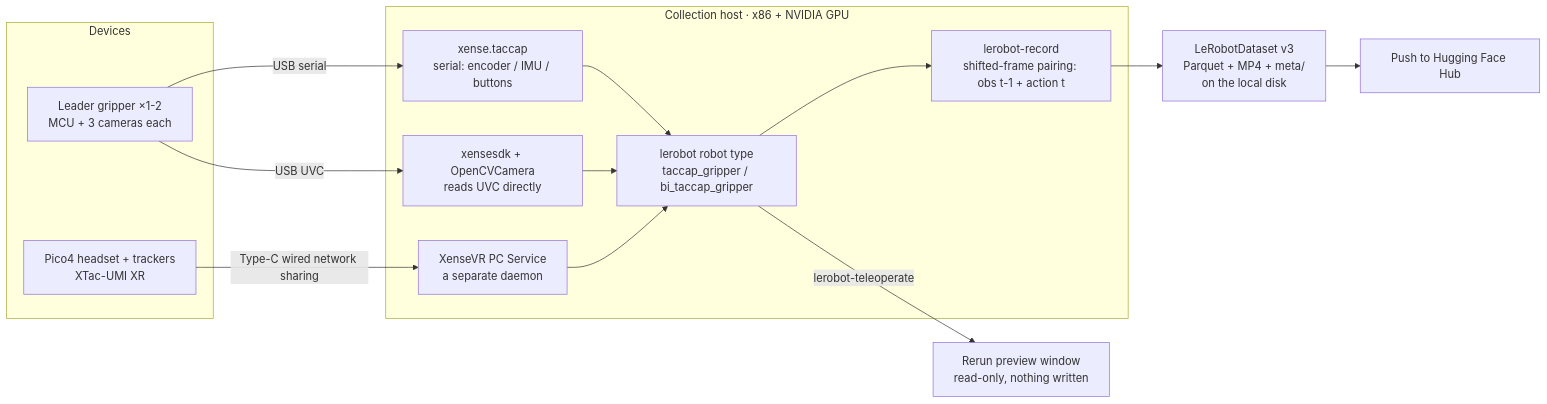
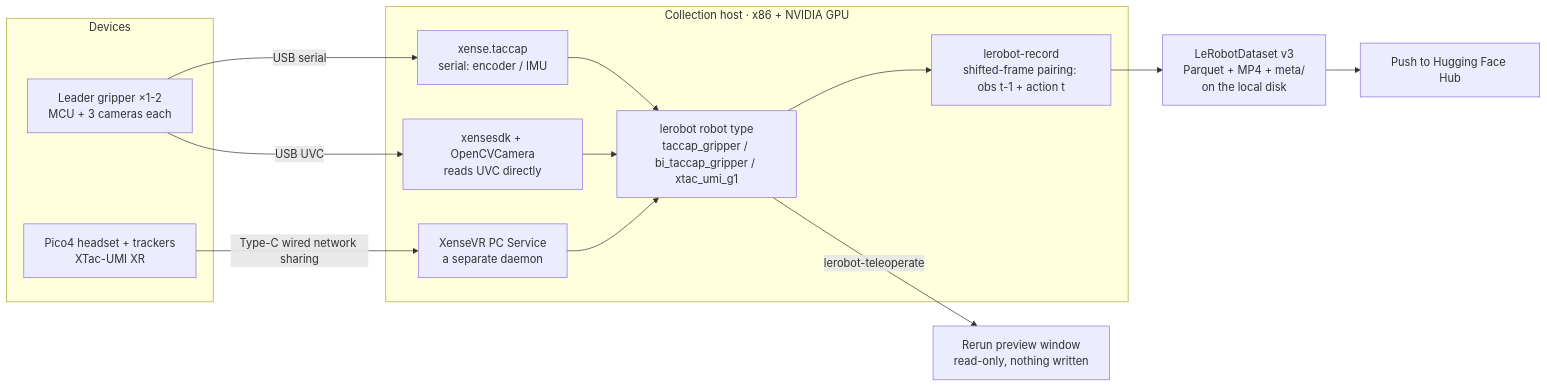
The second of 2 diagrams in docs/product/g1.en.md (XenseRobotics-AI/XTac-UMI-G1-Docs), drawn with Mermaid before and after one commit. The commit also changed other lines of this file and 65 other files, not shown here.

````diff
--- a/docs/product/g1.en.md
+++ b/docs/product/g1.en.md
@@ -68,24 +68,24 @@
 ```mermaid
 flowchart LR
     subgraph DEV2["Devices"]
         G2["Leader gripper ×1-2<br/>MCU + 3 cameras each"]
         P2["Pico4 headset + trackers<br/>XTac-UMI XR"]
     end
     subgraph HOST["Collection host · x86 + NVIDIA GPU"]
-        SDK["xense.taccap<br/>serial: encoder / IMU / buttons"]
+        SDK["xense.taccap<br/>serial: encoder / IMU"]
         CAM["xensesdk + OpenCVCamera<br/>reads UVC directly"]
         VR2["XenseVR PC Service<br/>a separate daemon"]
-        ROB["lerobot robot type<br/>taccap_gripper / bi_taccap_gripper"]
+        ROB["lerobot robot type<br/>taccap_gripper / bi_taccap_gripper / xtac_umi_g1"]
         REC2["lerobot-record<br/>shifted-frame pairing: obs t-1 + action t"]
     end
     G2 -->|"USB serial"| SDK
     G2 -->|"USB UVC"| CAM
     P2 -->|"Type-C wired network sharing"| VR2
     SDK --> ROB
     CAM --> ROB
     VR2 --> ROB
     ROB -->|"lerobot-teleoperate"| RR["Rerun preview window<br/>read-only, nothing written"]
     ROB --> REC2
     REC2 --> DS["LeRobotDataset v3<br/>Parquet + MP4 + meta/<br/>on the local disk"]
     DS --> HF["Push to Hugging Face Hub"]
 ```
````
